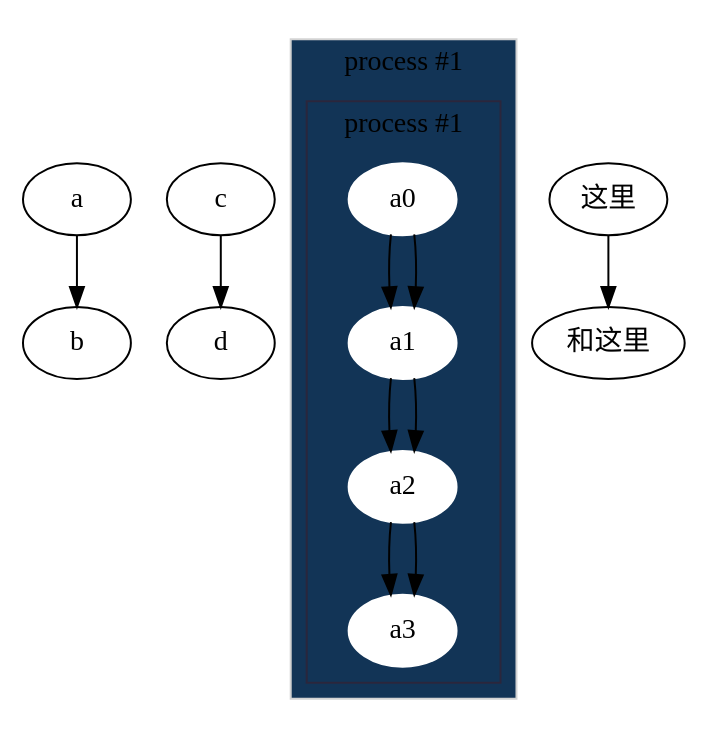
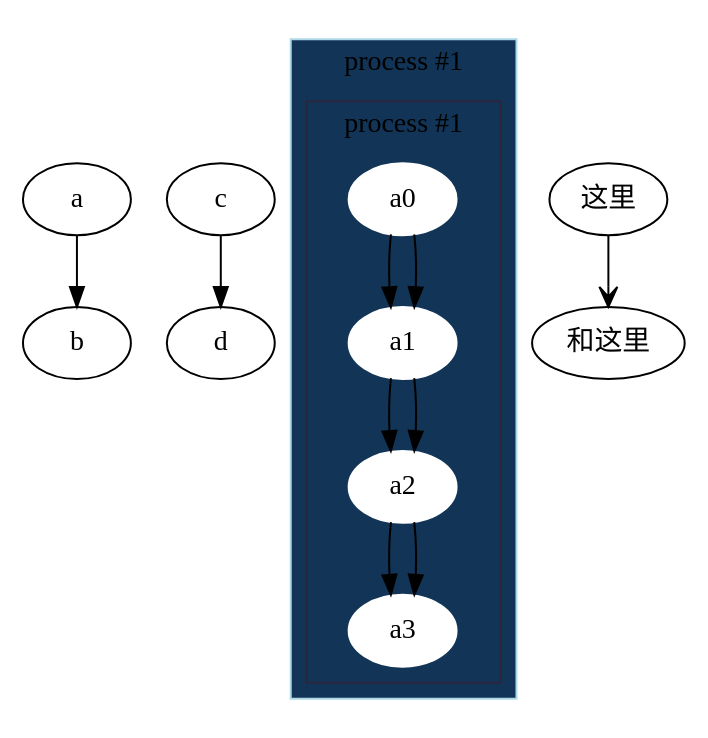
The diagram in examples/main.dot (Qiu-Weidong/vscode-graphviz-extension), drawn with Graphviz before and after one commit. The commit also changed 73 other files, not shown here.

```diff
--- a/examples/main.dot
+++ b/examples/main.dot
@@ -1,35 +1,23 @@
 digraph {
-    a -> b;
-    c -> d;
-    
-    fillcolor = "#d8787800";
-    fillcolor = "#93210a";
-    fillcolor = "#c37b33cc";
-    
+  a -> b;
+  c -> d;
+  fillcolor="#123456";
+  subgraph cluster_0 {
+    style="filled";
+    color="lightblue";
+    node [style="filled", color="white"];
+    a0 -> a1 -> a2 -> a3;
+    label="process #1";
+    subgraph cluster_0 {
+      style="filled";
+      color="#5c0e0e58";
+      node [style="filled", color="#2b16edff"];
+      a0 -> a1 -> a2 -> a3;
+      label="process #1";
 
-    fillcolor = "#123456";
-    
-    subgraph cluster_0 {
-		style=filled;
-		color=lightgrey;
-		node [style=filled,color=white];
-		a0 -> a1 -> a2 -> a3;
-		label = "process #1";
+    }
 
-        subgraph cluster_0 {
-            style=filled;
-            color="#5c0e0e58";
-            node [style=filled,color="#2b16edff"];
-            a0 -> a1 -> a2 -> a3;
-            label = "process #1";
-	    }
-	}
+  }
+  "这里" -> "和这里" [arrowhead="open", arrowtail="box"];
 
-    "这里" -> "和这里";
-    
-    // fillcolor="#142614";
-    /*
-    多行注释好像不行
-    */
-    
 }
```
